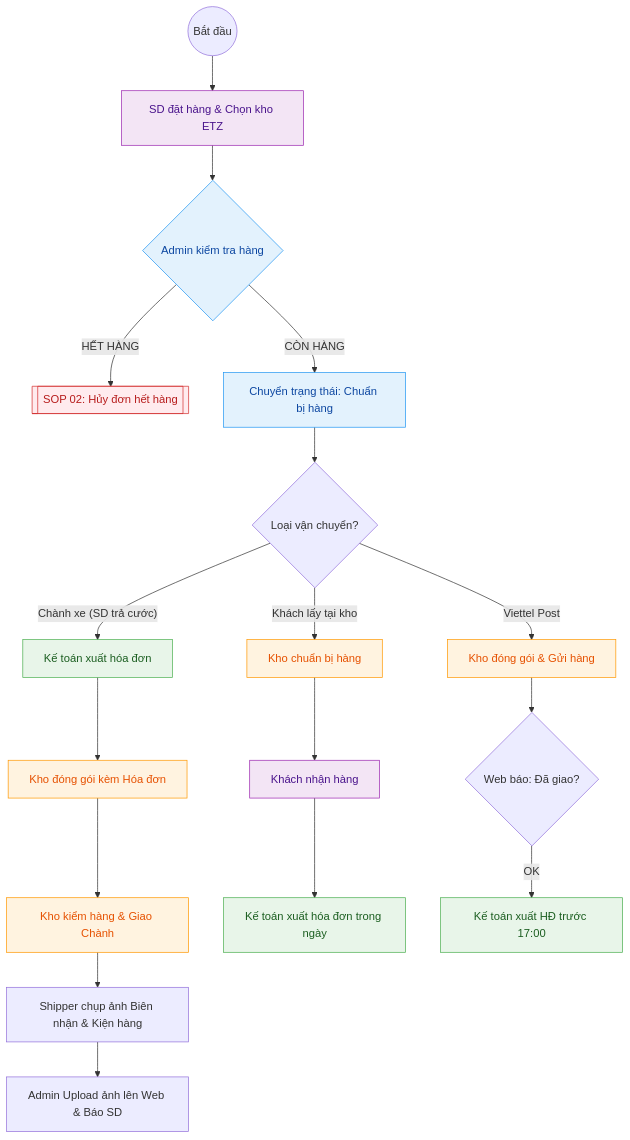
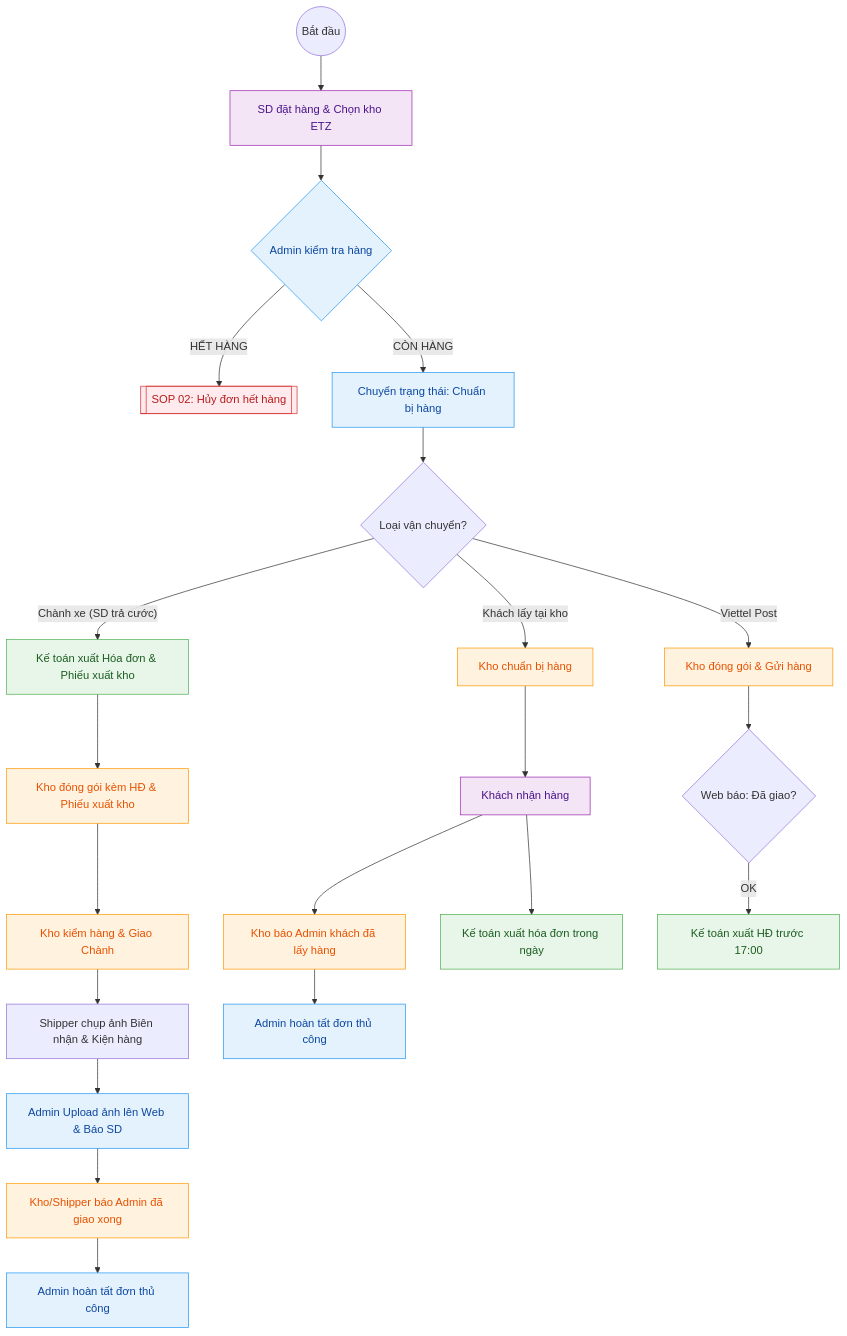
One commit to babaduoc/digitalgarden changed the diagram in src/site/notes/01_TONG_QUAN_LY_DU_AN/2_PHONG_VAN_HANH/SOP_2_Xu_Ly_Don_Hang_Chuan.md. Above: the diagram before and after it, drawn with Mermaid. The commit also changed other lines of this file and 6 other files, not shown here.

````diff
--- a/src/site/notes/01_TONG_QUAN_LY_DU_AN/2_PHONG_VAN_HANH/SOP_2_Xu_Ly_Don_Hang_Chuan.md
+++ b/src/site/notes/01_TONG_QUAN_LY_DU_AN/2_PHONG_VAN_HANH/SOP_2_Xu_Ly_Don_Hang_Chuan.md
@@ -23,41 +23,45 @@
 ```mermaid
 graph TD
     %% Định nghĩa màu tương phản cao %%
     classDef sd fill:#F3E5F5,stroke:#9C27B0,color:#4A148C;
     classDef admin fill:#E3F2FD,stroke:#2196F3,color:#0D47A1;
     classDef acc fill:#E8F5E9,stroke:#4CAF50,color:#1B5E20;
     classDef wh fill:#FFF3E0,stroke:#FF9800,color:#E65100;
     classDef error fill:#FFEBEE,stroke:#D32F2F,color:#B71C1C;
 
     Start((Bắt đầu)) --> SD_Order[SD đặt hàng & Chọn kho ETZ]
     SD_Order --> Admin_Check{Admin kiểm tra hàng}
     
     Admin_Check -- "HẾT HÀNG" --> OutOfStock[[SOP 02: Hủy đơn hết hàng]]
     click OutOfStock "/01-tong-hanh-dinh-quan-ly/2-phong-van-hanh/2026-03-30-sop-huy-don-het-hang/"
     Admin_Check -- "CÒN HÀNG" --> Set_Prep[Chuyển trạng thái: Chuẩn bị hàng]
     
     Set_Prep --> Ship_Type{Loại vận chuyển?}
 
     %% Nhánh Chành xe %%
-    Ship_Type -- "Chành xe (SD trả cước)" --> Acc_Inv_1[Kế toán xuất hóa đơn]
-    Acc_Inv_1 --> WH_Pack_1[Kho đóng gói kèm Hóa đơn]
+    Ship_Type -- "Chành xe (SD trả cước)" --> Acc_Inv_1[Kế toán xuất Hóa đơn & Phiếu xuất kho]
+    Acc_Inv_1 --> WH_Pack_1[Kho đóng gói kèm HĐ & Phiếu xuất kho]
     WH_Pack_1 --> WH_Check[Kho kiểm hàng & Giao Chành]
     WH_Check --> WH_Photo[Shipper chụp ảnh Biên nhận & Kiện hàng]
     WH_Photo --> Admin_Upload[Admin Upload ảnh lên Web & Báo SD]
+    Admin_Upload --> WH_Confirm[Kho/Shipper báo Admin đã giao xong]
+    WH_Confirm --> Admin_Finish_1[Admin hoàn tất đơn thủ công]
 
     %% Nhánh Tại kho %%
     Ship_Type -- Khách lấy tại kho --> WH_Pack_2[Kho chuẩn bị hàng]
     WH_Pack_2 --> SD_Pick[Khách nhận hàng]
+    SD_Pick --> WH_Confirm_2[Kho báo Admin khách đã lấy hàng]
+    WH_Confirm_2 --> Admin_Finish_2[Admin hoàn tất đơn thủ công]
     SD_Pick --> Acc_Inv_2[Kế toán xuất hóa đơn trong ngày]
 
     %% Nhánh Viettel Post %%
     Ship_Type -- Viettel Post --> WH_Pack_3[Kho đóng gói & Gửi hàng]
     WH_Pack_3 --> API_Delivered{Web báo: Đã giao?}
     API_Delivered -- OK --> Acc_Inv_3[Kế toán xuất HĐ trước 17:00]
 
     class SD_Order,SD_Pick sd;
-    class Admin_Check,Set_Prep admin;
+    class Admin_Check,Set_Prep,Admin_Upload,Admin_Finish_1,Admin_Finish_2 admin;
     class Acc_Inv_1,Acc_Inv_2,Acc_Inv_3 acc;
-    class WH_Pack_1,WH_Pack_2,WH_Pack_3,WH_Check wh;
+    class WH_Pack_1,WH_Pack_2,WH_Pack_3,WH_Check,WH_Confirm,WH_Confirm_2 wh;
     class OutOfStock error;
 ```
````
